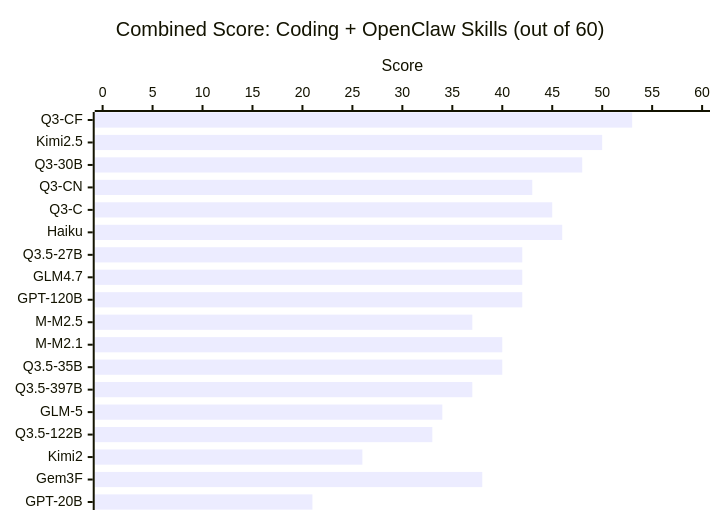
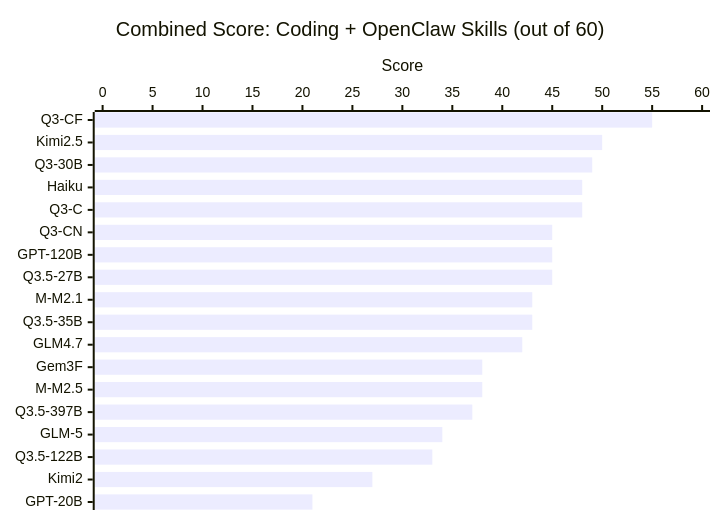
Before and after one commit to ywchiu/local_agentic_llm: the first of 3 diagrams in README.md, drawn with Mermaid. The commit also changed other lines of this file and 1 other file, not shown here.

````diff
--- a/README.md
+++ b/README.md
@@ -11,7 +16,7 @@
 ```mermaid
 xychart-beta horizontal
     title "Combined Score: Coding + OpenClaw Skills (out of 60)"
-    x-axis ["Q3-CF", "Kimi2.5", "Q3-30B", "Q3-CN", "Q3-C", "Haiku", "Q3.5-27B", "GLM4.7", "GPT-120B", "M-M2.5", "M-M2.1", "Q3.5-35B", "Q3.5-397B", "GLM-5", "Q3.5-122B", "Kimi2", "Gem3F", "GPT-20B"]
+    x-axis ["Q3-CF", "Kimi2.5", "Q3-30B", "Haiku", "Q3-C", "Q3-CN", "GPT-120B", "Q3.5-27B", "M-M2.1", "Q3.5-35B", "GLM4.7", "Gem3F", "M-M2.5", "Q3.5-397B", "GLM-5", "Q3.5-122B", "Kimi2", "GPT-20B"]
     y-axis "Score" 0 --> 60
-    bar [53, 50, 48, 43, 45, 46, 42, 42, 42, 37, 40, 40, 37, 34, 33, 26, 38, 21]
+    bar [55, 50, 49, 48, 48, 45, 45, 45, 43, 43, 42, 38, 38, 37, 34, 33, 27, 21]
 ```
````
